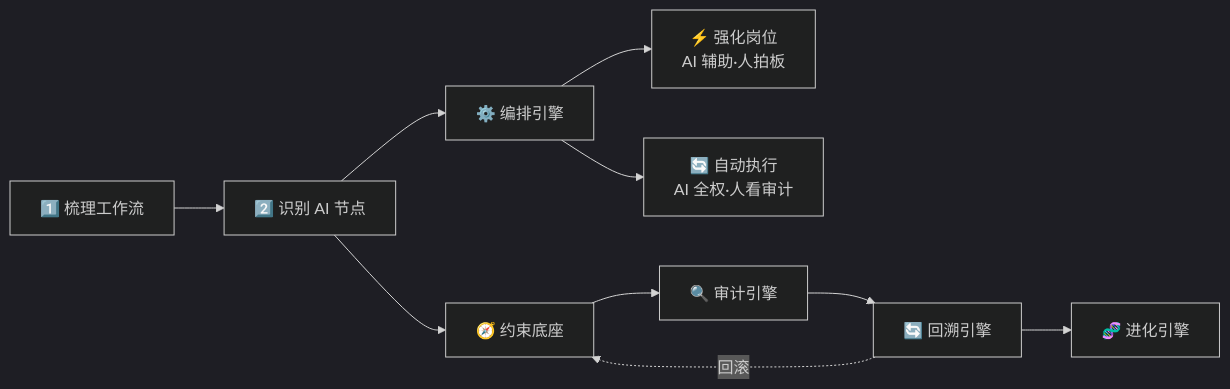
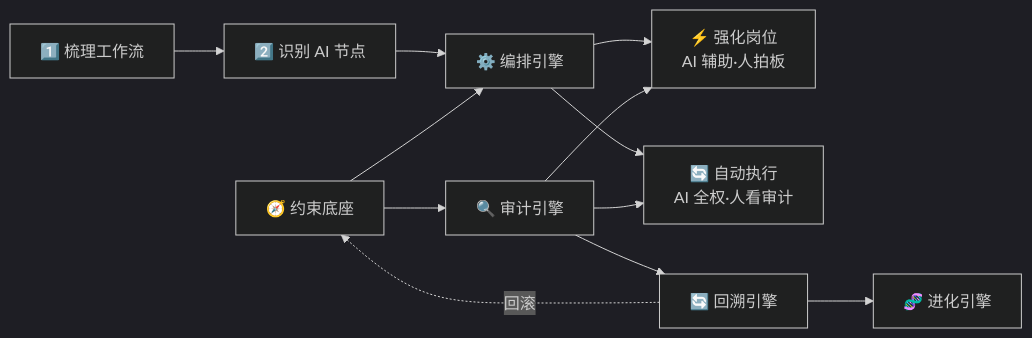
The first of 5 diagrams in README.md (KongFangXun/sofagent), drawn with Mermaid (dark theme) before and after one commit. The commit also changed 1 other file, not shown here.

Commit message:
docs: FDE Mermaid治理链环绕执行节点——约束→编排，审计→两个节点

````diff
--- a/README.md
+++ b/README.md
@@ -77,10 +77,13 @@
 ```mermaid
 graph LR
     1["1️⃣ 梳理工作流"] --> 2["2️⃣ 识别 AI 节点"]
     2 --> H["⚙️ 编排引擎"]
     H --> J["⚡ 强化岗位<br/>AI 辅助·人拍板"]
     H --> K["🔄 自动执行<br/>AI 全权·人看审计"]
 
-    2 --> E["🧭 约束底座"] --> F["🔍 审计引擎"] --> G["🔄 回溯引擎"] --> I["🧬 进化引擎"]
+    E["🧭 约束底座"] --> F["🔍 审计引擎"] --> G["🔄 回溯引擎"] --> I["🧬 进化引擎"]
+    E --> H
+    F --> J
+    F --> K
     G -.-> |回滚| E
 ```
````
